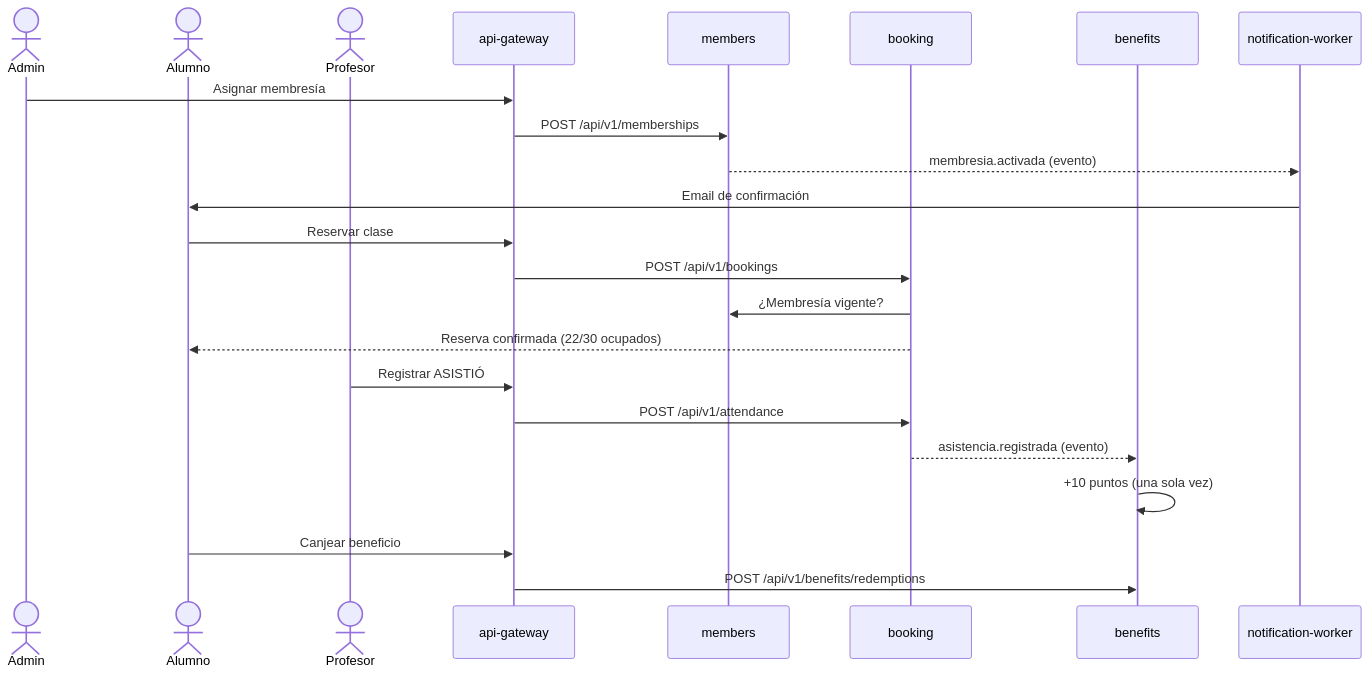
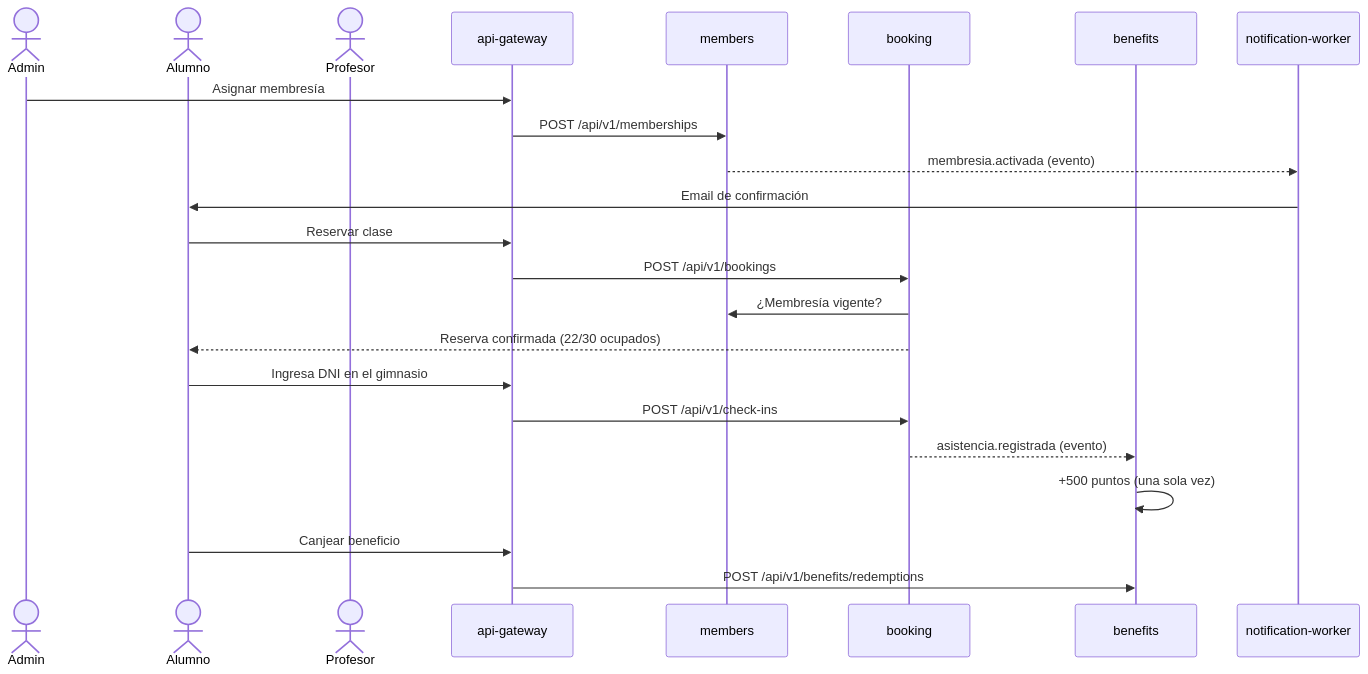
One commit to GuadiViti/Arquitectura-de-Software changed the diagram in README.md. Above: the diagram before and after it, drawn with Mermaid. The commit also changed other lines of this file, not shown here.

Commit message:
Actualizo README

````diff
--- a/README.md
+++ b/README.md
@@ -26,26 +26,26 @@
 ```mermaid
 sequenceDiagram
     actor Admin
     actor Alumno
     actor Profesor
     participant GW as api-gateway
     participant M as members
     participant B as booking
     participant BE as benefits
     participant N as notification-worker
 
     Admin->>GW: Asignar membresía
     GW->>M: POST /api/v1/memberships
     M-->>N: membresia.activada (evento)
     N->>Alumno: Email de confirmación
     Alumno->>GW: Reservar clase
     GW->>B: POST /api/v1/bookings
     B->>M: ¿Membresía vigente?
     B-->>Alumno: Reserva confirmada (22/30 ocupados)
-    Profesor->>GW: Registrar ASISTIÓ
-    GW->>B: POST /api/v1/attendance
+    Alumno->>GW: Ingresa DNI en el gimnasio
+    GW->>B: POST /api/v1/check-ins
     B-->>BE: asistencia.registrada (evento)
-    BE->>BE: +10 puntos (una sola vez)
+    BE->>BE: +500 puntos (una sola vez)
     Alumno->>GW: Canjear beneficio
     GW->>BE: POST /api/v1/benefits/redemptions
 ```
````
